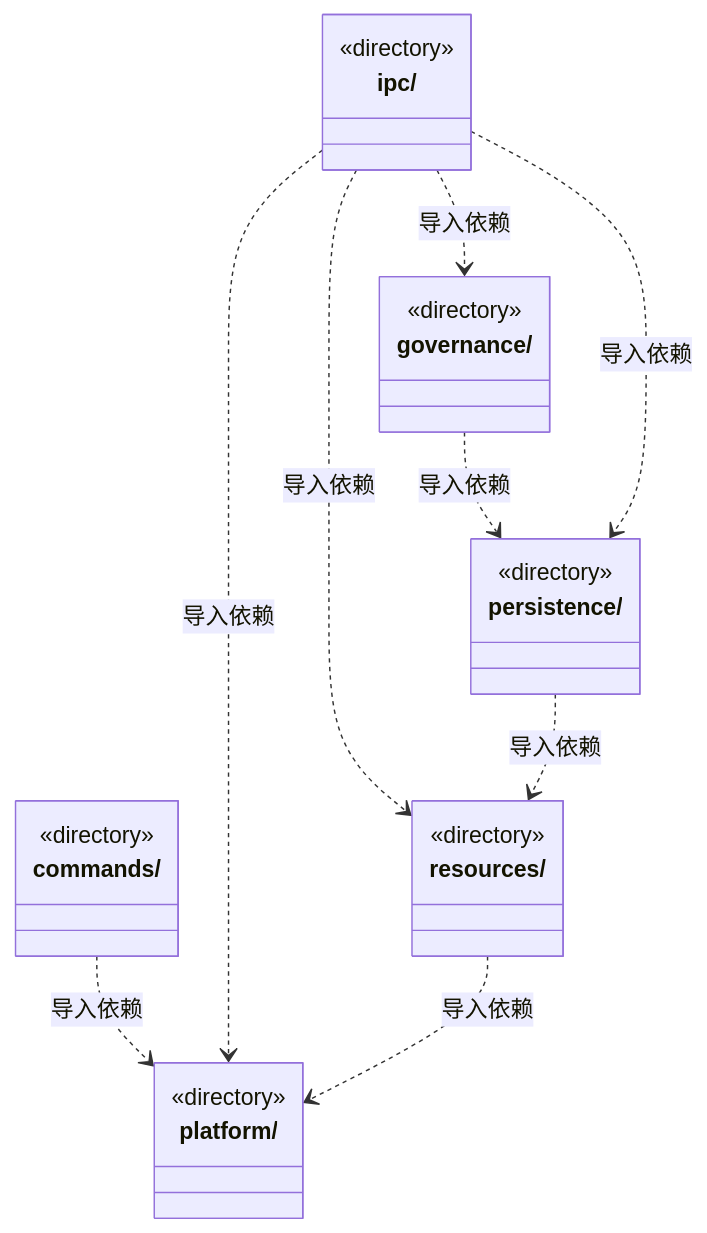
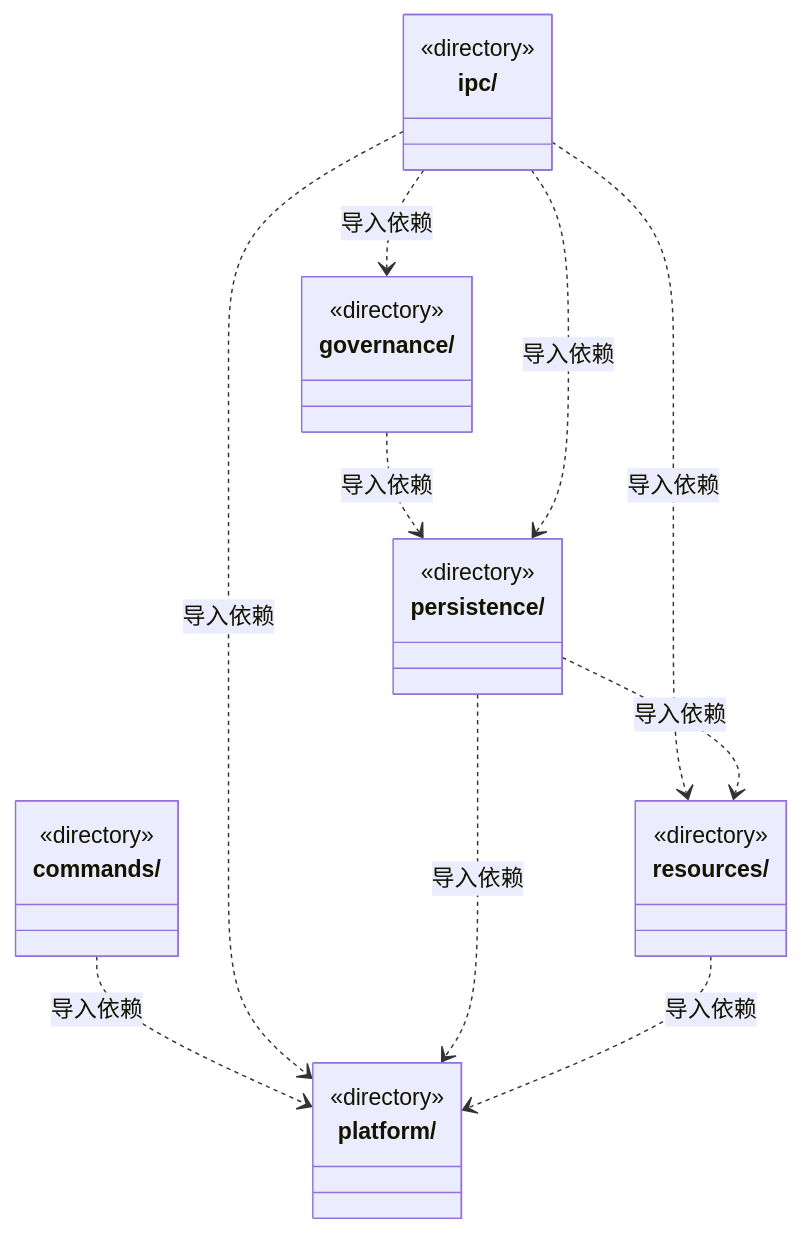
The first of 6 diagrams in src/backend/main/ARCHITECTURE.md (nan023062/cbim), drawn with Mermaid before and after one commit. The commit also changed other lines of this file and 53 other files, not shown here.

````diff
--- a/src/backend/main/ARCHITECTURE.md
+++ b/src/backend/main/ARCHITECTURE.md
@@ -22,29 +22,30 @@
 ```mermaid
 classDiagram
 class N_src_backend_main_commands["commands/"] {
   <<directory>>
 }
 class N_src_backend_main_governance["governance/"] {
   <<directory>>
 }
 class N_src_backend_main_ipc["ipc/"] {
   <<directory>>
 }
 class N_src_backend_main_persistence["persistence/"] {
   <<directory>>
 }
 class N_src_backend_main_platform["platform/"] {
   <<directory>>
 }
 class N_src_backend_main_resources["resources/"] {
   <<directory>>
 }
 N_src_backend_main_commands ..> N_src_backend_main_platform : 导入依赖
 N_src_backend_main_governance ..> N_src_backend_main_persistence : 导入依赖
 N_src_backend_main_ipc ..> N_src_backend_main_persistence : 导入依赖
 N_src_backend_main_ipc ..> N_src_backend_main_resources : 导入依赖
 N_src_backend_main_ipc ..> N_src_backend_main_platform : 导入依赖
 N_src_backend_main_ipc ..> N_src_backend_main_governance : 导入依赖
 N_src_backend_main_persistence ..> N_src_backend_main_resources : 导入依赖
+N_src_backend_main_persistence ..> N_src_backend_main_platform : 导入依赖
 N_src_backend_main_resources ..> N_src_backend_main_platform : 导入依赖
 ```
````
